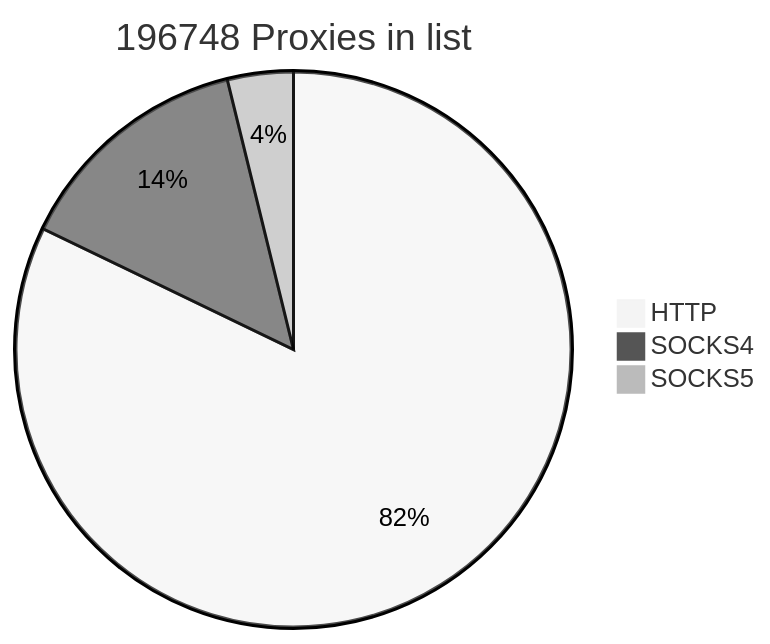
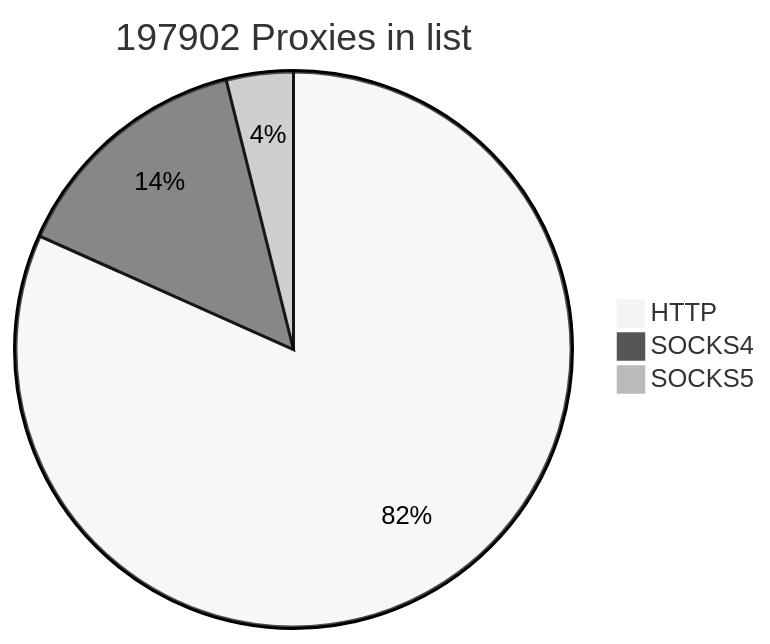
The first of 2 diagrams in README.md (cutipu/proxylist), drawn with Mermaid (neutral theme) before and after one commit. The commit also changed other lines of this file, not shown here.

````diff
--- a/README.md
+++ b/README.md
@@ -2,7 +2,7 @@
 ```mermaid
-pie title 196748 Proxies in list
-    "HTTP" : 161627
-    "SOCKS4" : 27590
-    "SOCKS5" : 7531
+pie title 197902 Proxies in list
+    "HTTP" : 161656
+    "SOCKS4" : 28539
+    "SOCKS5" : 7707
             
 ```
````
